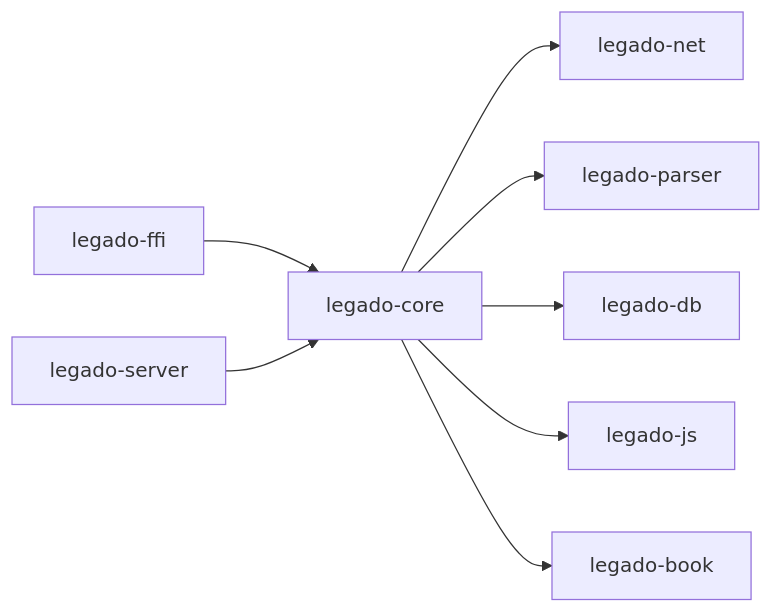
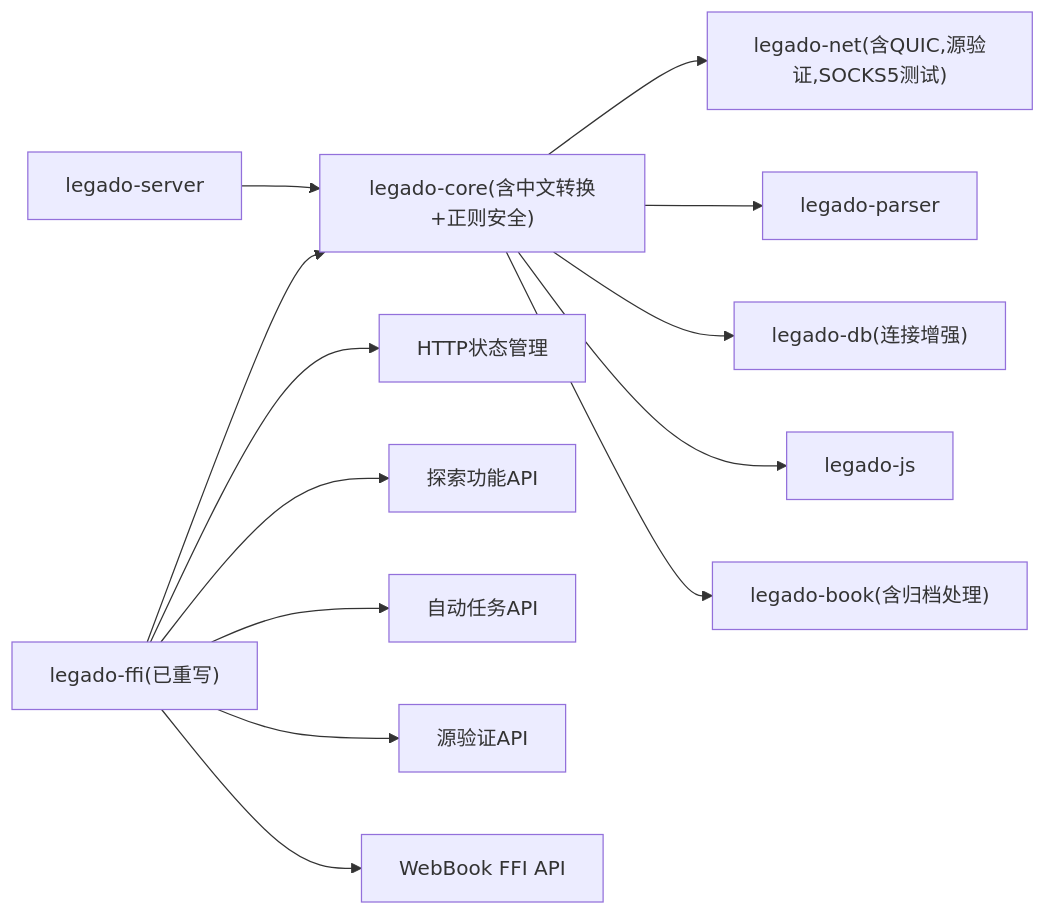
Before and after one commit to ZhangGHGitHub/LegadoTeamFlutter: diagram 23 of 23 in .qoder/repowiki/zh/content/Rust核心库/Rust核心库.md, drawn with Mermaid. The commit also changed other lines of this file and 173 other files, not shown here.

````diff
--- a/.qoder/repowiki/zh/content/Rust核心库/Rust核心库.md
+++ b/.qoder/repowiki/zh/content/Rust核心库/Rust核心库.md
@@ -502,10 +909,15 @@
 ```mermaid
 graph LR
-Core["legado-core"] --> Net["legado-net"]
+Core["legado-core(含中文转换+正则安全)"] --> Net["legado-net(含QUIC,源验证,SOCKS5测试)"]
 Core --> Parser["legado-parser"]
-Core --> DB["legado-db"]
+Core --> DB["legado-db(连接增强)"]
 Core --> JS["legado-js"]
-Core --> Book["legado-book"]
-FFI["legado-ffi"] --> Core
+Core --> Book["legado-book(含归档处理)"]
+FFI["legado-ffi(已重写)"] --> Core
+FFI --> HTTPState["HTTP状态管理"]
+FFI --> ExploreAPI["探索功能API"]
+FFI --> AutoTaskAPI["自动任务API"]
+FFI --> SourceCheckAPI["源验证API"]
+FFI --> WebBookAPI["WebBook FFI API"]
 Server["legado-server"] --> Core
 ```
````
